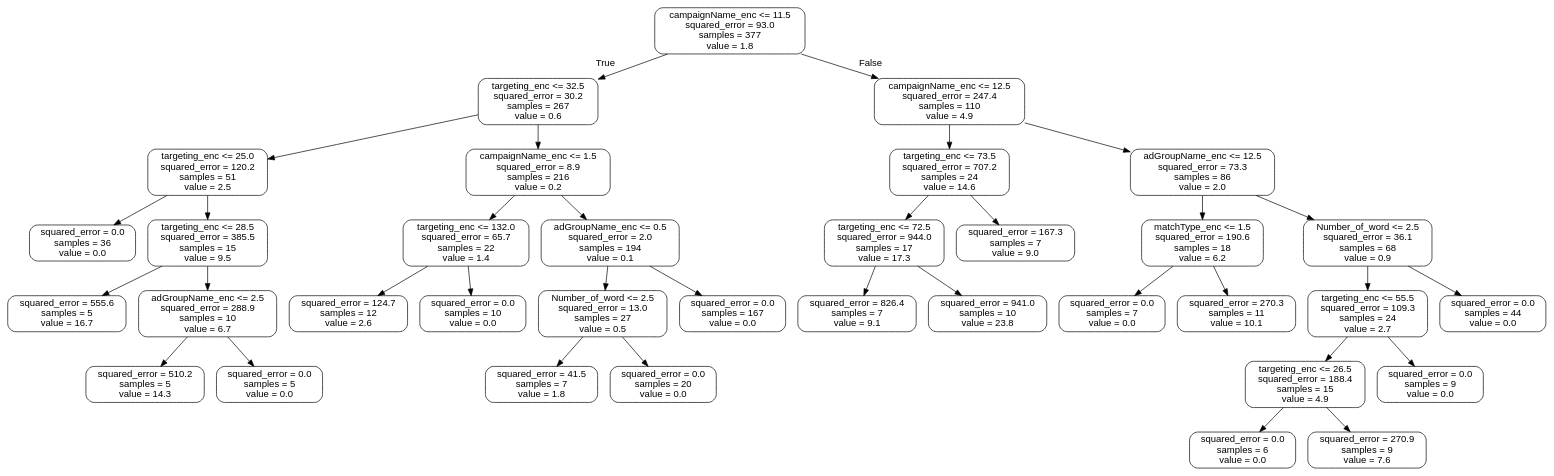
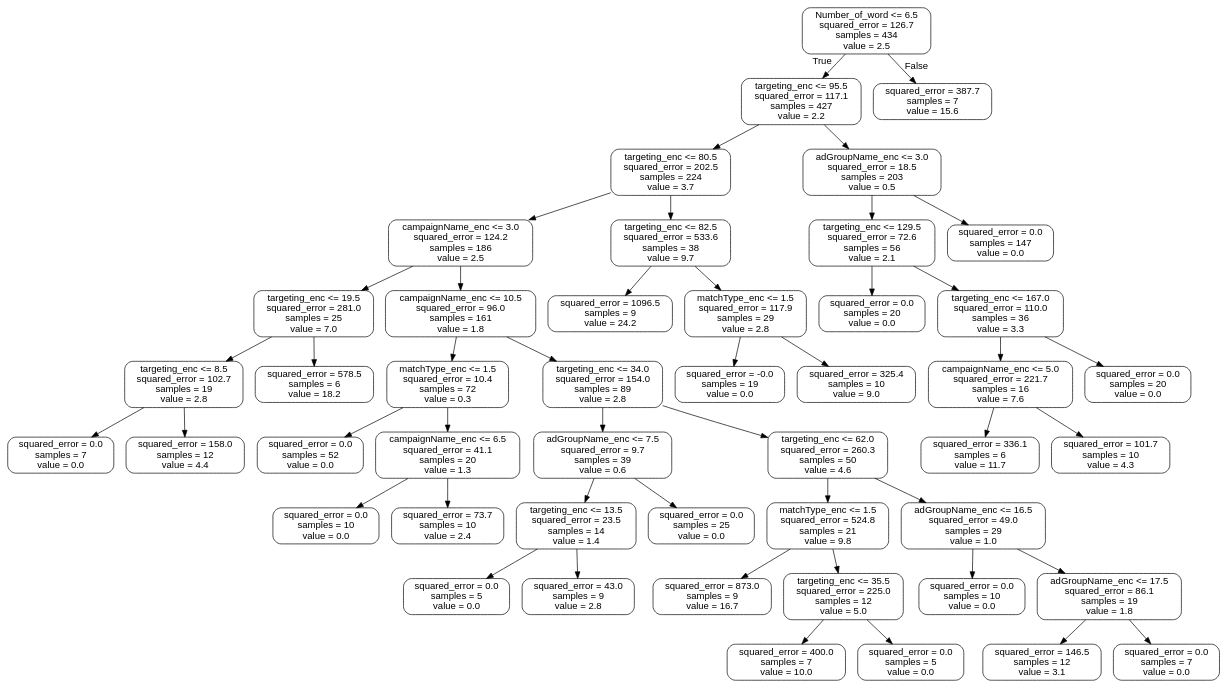
The diagram in tree.dot (mike-lee-dev/ppc_api), drawn with Graphviz before and after one commit. The commit also changed 15 other files, not shown here.

```diff
--- a/tree.dot
+++ b/tree.dot
@@ -1,73 +1,97 @@
 digraph Tree {
 node [shape=box, style="rounded", color="black", fontname="helvetica"] ;
 edge [fontname="helvetica"] ;
-0 [label="campaignName_enc <= 11.5\nsquared_error = 93.0\nsamples = 377\nvalue = 1.8"] ;
-1 [label="targeting_enc <= 32.5\nsquared_error = 30.2\nsamples = 267\nvalue = 0.6"] ;
+0 [label="Number_of_word <= 6.5\nsquared_error = 126.7\nsamples = 434\nvalue = 2.5"] ;
+1 [label="targeting_enc <= 95.5\nsquared_error = 117.1\nsamples = 427\nvalue = 2.2"] ;
 0 -> 1 [labeldistance=2.5, labelangle=45, headlabel="True"] ;
-2 [label="targeting_enc <= 25.0\nsquared_error = 120.2\nsamples = 51\nvalue = 2.5"] ;
+2 [label="targeting_enc <= 80.5\nsquared_error = 202.5\nsamples = 224\nvalue = 3.7"] ;
 1 -> 2 ;
-3 [label="squared_error = 0.0\nsamples = 36\nvalue = 0.0"] ;
+3 [label="campaignName_enc <= 3.0\nsquared_error = 124.2\nsamples = 186\nvalue = 2.5"] ;
 2 -> 3 ;
-4 [label="targeting_enc <= 28.5\nsquared_error = 385.5\nsamples = 15\nvalue = 9.5"] ;
-2 -> 4 ;
-5 [label="squared_error = 555.6\nsamples = 5\nvalue = 16.7"] ;
+4 [label="targeting_enc <= 19.5\nsquared_error = 281.0\nsamples = 25\nvalue = 7.0"] ;
+3 -> 4 ;
+5 [label="targeting_enc <= 8.5\nsquared_error = 102.7\nsamples = 19\nvalue = 2.8"] ;
 4 -> 5 ;
-6 [label="adGroupName_enc <= 2.5\nsquared_error = 288.9\nsamples = 10\nvalue = 6.7"] ;
-4 -> 6 ;
-7 [label="squared_error = 510.2\nsamples = 5\nvalue = 14.3"] ;
-6 -> 7 ;
-8 [label="squared_error = 0.0\nsamples = 5\nvalue = 0.0"] ;
-6 -> 8 ;
-9 [label="campaignName_enc <= 1.5\nsquared_error = 8.9\nsamples = 216\nvalue = 0.2"] ;
-1 -> 9 ;
-10 [label="targeting_enc <= 132.0\nsquared_error = 65.7\nsamples = 22\nvalue = 1.4"] ;
+6 [label="squared_error = 0.0\nsamples = 7\nvalue = 0.0"] ;
+5 -> 6 ;
+7 [label="squared_error = 158.0\nsamples = 12\nvalue = 4.4"] ;
+5 -> 7 ;
+8 [label="squared_error = 578.5\nsamples = 6\nvalue = 18.2"] ;
+4 -> 8 ;
+9 [label="campaignName_enc <= 10.5\nsquared_error = 96.0\nsamples = 161\nvalue = 1.8"] ;
+3 -> 9 ;
+10 [label="matchType_enc <= 1.5\nsquared_error = 10.4\nsamples = 72\nvalue = 0.3"] ;
 9 -> 10 ;
-11 [label="squared_error = 124.7\nsamples = 12\nvalue = 2.6"] ;
+11 [label="squared_error = 0.0\nsamples = 52\nvalue = 0.0"] ;
 10 -> 11 ;
-12 [label="squared_error = 0.0\nsamples = 10\nvalue = 0.0"] ;
+12 [label="campaignName_enc <= 6.5\nsquared_error = 41.1\nsamples = 20\nvalue = 1.3"] ;
 10 -> 12 ;
-13 [label="adGroupName_enc <= 0.5\nsquared_error = 2.0\nsamples = 194\nvalue = 0.1"] ;
-9 -> 13 ;
-14 [label="Number_of_word <= 2.5\nsquared_error = 13.0\nsamples = 27\nvalue = 0.5"] ;
-13 -> 14 ;
-15 [label="squared_error = 41.5\nsamples = 7\nvalue = 1.8"] ;
-14 -> 15 ;
-16 [label="squared_error = 0.0\nsamples = 20\nvalue = 0.0"] ;
-14 -> 16 ;
-17 [label="squared_error = 0.0\nsamples = 167\nvalue = 0.0"] ;
-13 -> 17 ;
-18 [label="campaignName_enc <= 12.5\nsquared_error = 247.4\nsamples = 110\nvalue = 4.9"] ;
-0 -> 18 [labeldistance=2.5, labelangle=-45, headlabel="False"] ;
-19 [label="targeting_enc <= 73.5\nsquared_error = 707.2\nsamples = 24\nvalue = 14.6"] ;
-18 -> 19 ;
-20 [label="targeting_enc <= 72.5\nsquared_error = 944.0\nsamples = 17\nvalue = 17.3"] ;
-19 -> 20 ;
-21 [label="squared_error = 826.4\nsamples = 7\nvalue = 9.1"] ;
-20 -> 21 ;
-22 [label="squared_error = 941.0\nsamples = 10\nvalue = 23.8"] ;
-20 -> 22 ;
-23 [label="squared_error = 167.3\nsamples = 7\nvalue = 9.0"] ;
-19 -> 23 ;
-24 [label="adGroupName_enc <= 12.5\nsquared_error = 73.3\nsamples = 86\nvalue = 2.0"] ;
-18 -> 24 ;
-25 [label="matchType_enc <= 1.5\nsquared_error = 190.6\nsamples = 18\nvalue = 6.2"] ;
+13 [label="squared_error = 0.0\nsamples = 10\nvalue = 0.0"] ;
+12 -> 13 ;
+14 [label="squared_error = 73.7\nsamples = 10\nvalue = 2.4"] ;
+12 -> 14 ;
+15 [label="targeting_enc <= 34.0\nsquared_error = 154.0\nsamples = 89\nvalue = 2.8"] ;
+9 -> 15 ;
+16 [label="adGroupName_enc <= 7.5\nsquared_error = 9.7\nsamples = 39\nvalue = 0.6"] ;
+15 -> 16 ;
+17 [label="targeting_enc <= 13.5\nsquared_error = 23.5\nsamples = 14\nvalue = 1.4"] ;
+16 -> 17 ;
+18 [label="squared_error = 0.0\nsamples = 5\nvalue = 0.0"] ;
+17 -> 18 ;
+19 [label="squared_error = 43.0\nsamples = 9\nvalue = 2.8"] ;
+17 -> 19 ;
+20 [label="squared_error = 0.0\nsamples = 25\nvalue = 0.0"] ;
+16 -> 20 ;
+21 [label="targeting_enc <= 62.0\nsquared_error = 260.3\nsamples = 50\nvalue = 4.6"] ;
+15 -> 21 ;
+22 [label="matchType_enc <= 1.5\nsquared_error = 524.8\nsamples = 21\nvalue = 9.8"] ;
+21 -> 22 ;
+23 [label="squared_error = 873.0\nsamples = 9\nvalue = 16.7"] ;
+22 -> 23 ;
+24 [label="targeting_enc <= 35.5\nsquared_error = 225.0\nsamples = 12\nvalue = 5.0"] ;
+22 -> 24 ;
+25 [label="squared_error = 400.0\nsamples = 7\nvalue = 10.0"] ;
 24 -> 25 ;
-26 [label="squared_error = 0.0\nsamples = 7\nvalue = 0.0"] ;
-25 -> 26 ;
-27 [label="squared_error = 270.3\nsamples = 11\nvalue = 10.1"] ;
-25 -> 27 ;
-28 [label="Number_of_word <= 2.5\nsquared_error = 36.1\nsamples = 68\nvalue = 0.9"] ;
-24 -> 28 ;
-29 [label="targeting_enc <= 55.5\nsquared_error = 109.3\nsamples = 24\nvalue = 2.7"] ;
-28 -> 29 ;
-30 [label="targeting_enc <= 26.5\nsquared_error = 188.4\nsamples = 15\nvalue = 4.9"] ;
+26 [label="squared_error = 0.0\nsamples = 5\nvalue = 0.0"] ;
+24 -> 26 ;
+27 [label="adGroupName_enc <= 16.5\nsquared_error = 49.0\nsamples = 29\nvalue = 1.0"] ;
+21 -> 27 ;
+28 [label="squared_error = 0.0\nsamples = 10\nvalue = 0.0"] ;
+27 -> 28 ;
+29 [label="adGroupName_enc <= 17.5\nsquared_error = 86.1\nsamples = 19\nvalue = 1.8"] ;
+27 -> 29 ;
+30 [label="squared_error = 146.5\nsamples = 12\nvalue = 3.1"] ;
 29 -> 30 ;
-31 [label="squared_error = 0.0\nsamples = 6\nvalue = 0.0"] ;
-30 -> 31 ;
-32 [label="squared_error = 270.9\nsamples = 9\nvalue = 7.6"] ;
-30 -> 32 ;
-33 [label="squared_error = 0.0\nsamples = 9\nvalue = 0.0"] ;
-29 -> 33 ;
-34 [label="squared_error = 0.0\nsamples = 44\nvalue = 0.0"] ;
-28 -> 34 ;
+31 [label="squared_error = 0.0\nsamples = 7\nvalue = 0.0"] ;
+29 -> 31 ;
+32 [label="targeting_enc <= 82.5\nsquared_error = 533.6\nsamples = 38\nvalue = 9.7"] ;
+2 -> 32 ;
+33 [label="squared_error = 1096.5\nsamples = 9\nvalue = 24.2"] ;
+32 -> 33 ;
+34 [label="matchType_enc <= 1.5\nsquared_error = 117.9\nsamples = 29\nvalue = 2.8"] ;
+32 -> 34 ;
+35 [label="squared_error = -0.0\nsamples = 19\nvalue = 0.0"] ;
+34 -> 35 ;
+36 [label="squared_error = 325.4\nsamples = 10\nvalue = 9.0"] ;
+34 -> 36 ;
+37 [label="adGroupName_enc <= 3.0\nsquared_error = 18.5\nsamples = 203\nvalue = 0.5"] ;
+1 -> 37 ;
+38 [label="targeting_enc <= 129.5\nsquared_error = 72.6\nsamples = 56\nvalue = 2.1"] ;
+37 -> 38 ;
+39 [label="squared_error = 0.0\nsamples = 20\nvalue = 0.0"] ;
+38 -> 39 ;
+40 [label="targeting_enc <= 167.0\nsquared_error = 110.0\nsamples = 36\nvalue = 3.3"] ;
+38 -> 40 ;
+41 [label="campaignName_enc <= 5.0\nsquared_error = 221.7\nsamples = 16\nvalue = 7.6"] ;
+40 -> 41 ;
+42 [label="squared_error = 336.1\nsamples = 6\nvalue = 11.7"] ;
+41 -> 42 ;
+43 [label="squared_error = 101.7\nsamples = 10\nvalue = 4.3"] ;
+41 -> 43 ;
+44 [label="squared_error = 0.0\nsamples = 20\nvalue = 0.0"] ;
+40 -> 44 ;
+45 [label="squared_error = 0.0\nsamples = 147\nvalue = 0.0"] ;
+37 -> 45 ;
+46 [label="squared_error = 387.7\nsamples = 7\nvalue = 15.6"] ;
+0 -> 46 [labeldistance=2.5, labelangle=-45, headlabel="False"] ;
 }
```
